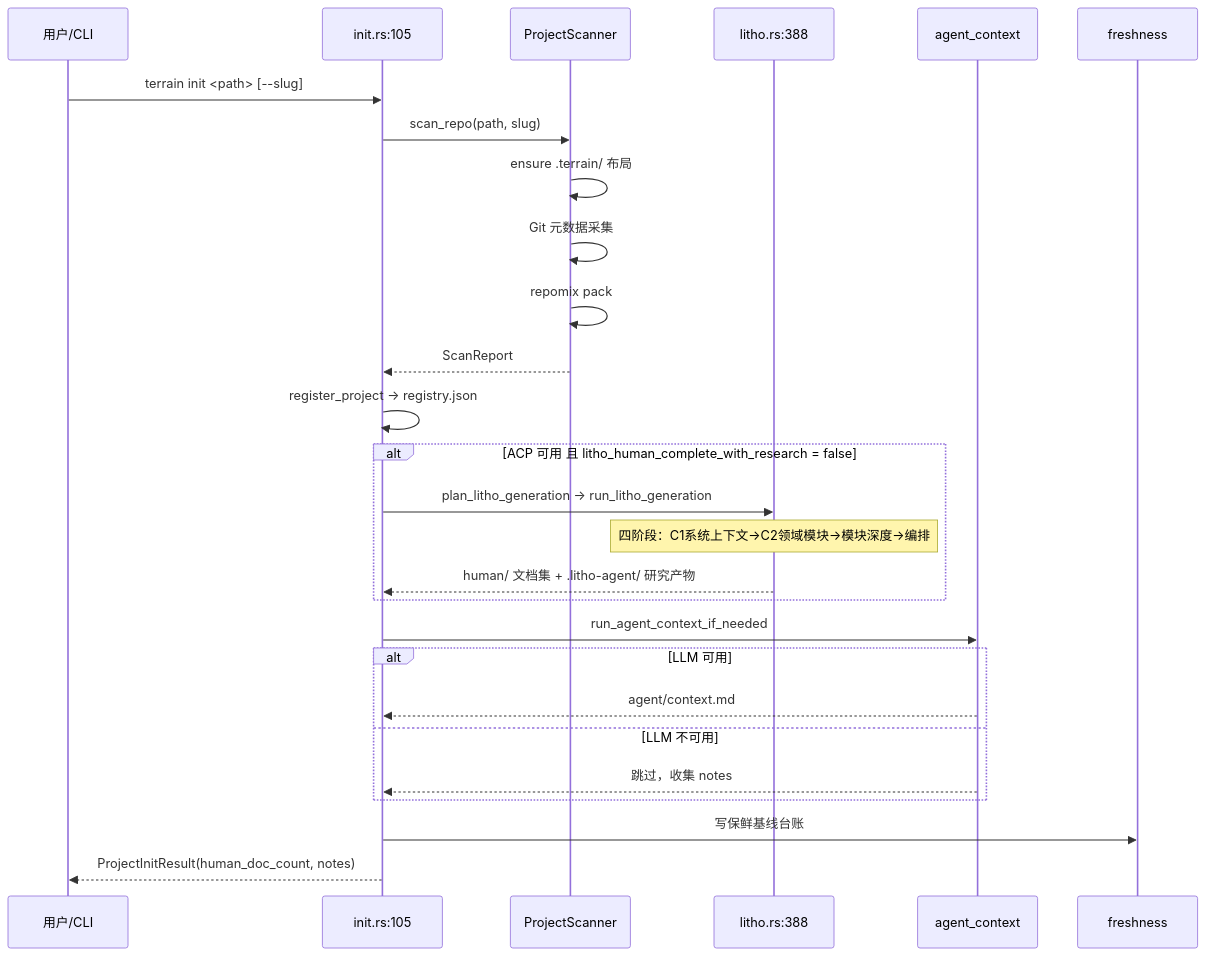
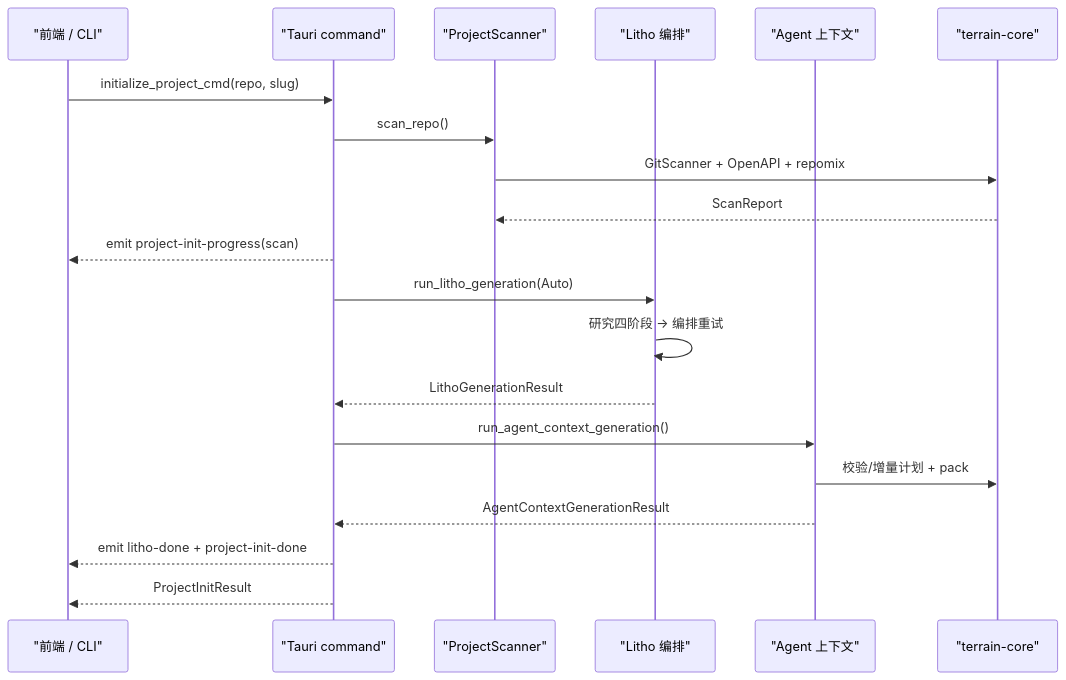
One commit to sopaco/terrain changed the third of 11 diagrams in .terrain/human/3.工作流.md. Above: the diagram before and after it, drawn with Mermaid. The commit also changed other lines of this file and 29 other files, not shown here.

````diff
--- a/.terrain/human/3.工作流.md
+++ b/.terrain/human/3.工作流.md
@@ -59,30 +68,23 @@
 ```mermaid
 sequenceDiagram
-    participant U as 用户/CLI
-    participant WF as init.rs:105
-    participant ING as ProjectScanner
-    participant LITHO as litho.rs:388
-    participant CTX as agent_context
-    participant FR as freshness
+    participant UI as "前端 / CLI"
+    participant CMD as "Tauri command"
+    participant SCAN as "ProjectScanner"
+    participant LITHO as "Litho 编排"
+    participant CTX as "Agent 上下文"
+    participant CORE as "terrain-core"
 
-    U->>WF: terrain init <path> [--slug]
-    WF->>ING: scan_repo(path, slug)
-    ING->>ING: ensure .terrain/ 布局
-    ING->>ING: Git 元数据采集
-    ING->>ING: repomix pack
-    ING-->>WF: ScanReport
-    WF->>WF: register_project → registry.json
-    alt ACP 可用 且 litho_human_complete_with_research = false
-        WF->>LITHO: plan_litho_generation → run_litho_generation
-        Note over LITHO: 四阶段：C1系统上下文→C2领域模块→模块深度→编排
-        LITHO-->>WF: human/ 文档集 + .litho-agent/ 研究产物
-    end
-    WF->>CTX: run_agent_context_if_needed
-    alt LLM 可用
-        CTX-->>WF: agent/context.md
-    else LLM 不可用
-        CTX-->>WF: 跳过，收集 notes
-    end
-    WF->>FR: 写保鲜基线台账
-    WF-->>U: ProjectInitResult(human_doc_count, notes)
+    UI->>CMD: initialize_project_cmd(repo, slug)
+    CMD->>SCAN: scan_repo()
+    SCAN->>CORE: GitScanner + OpenAPI + repomix
+    CORE-->>SCAN: ScanReport
+    CMD-->>UI: emit project-init-progress(scan)
+    CMD->>LITHO: run_litho_generation(Auto)
+    LITHO->>LITHO: 研究四阶段 -> 编排重试
+    LITHO-->>CMD: LithoGenerationResult
+    CMD->>CTX: run_agent_context_generation()
+    CTX->>CORE: 校验/增量计划 + pack
+    CTX-->>CMD: AgentContextGenerationResult
+    CMD-->>UI: emit litho-done + project-init-done
+    CMD-->>UI: ProjectInitResult
 ```
````
